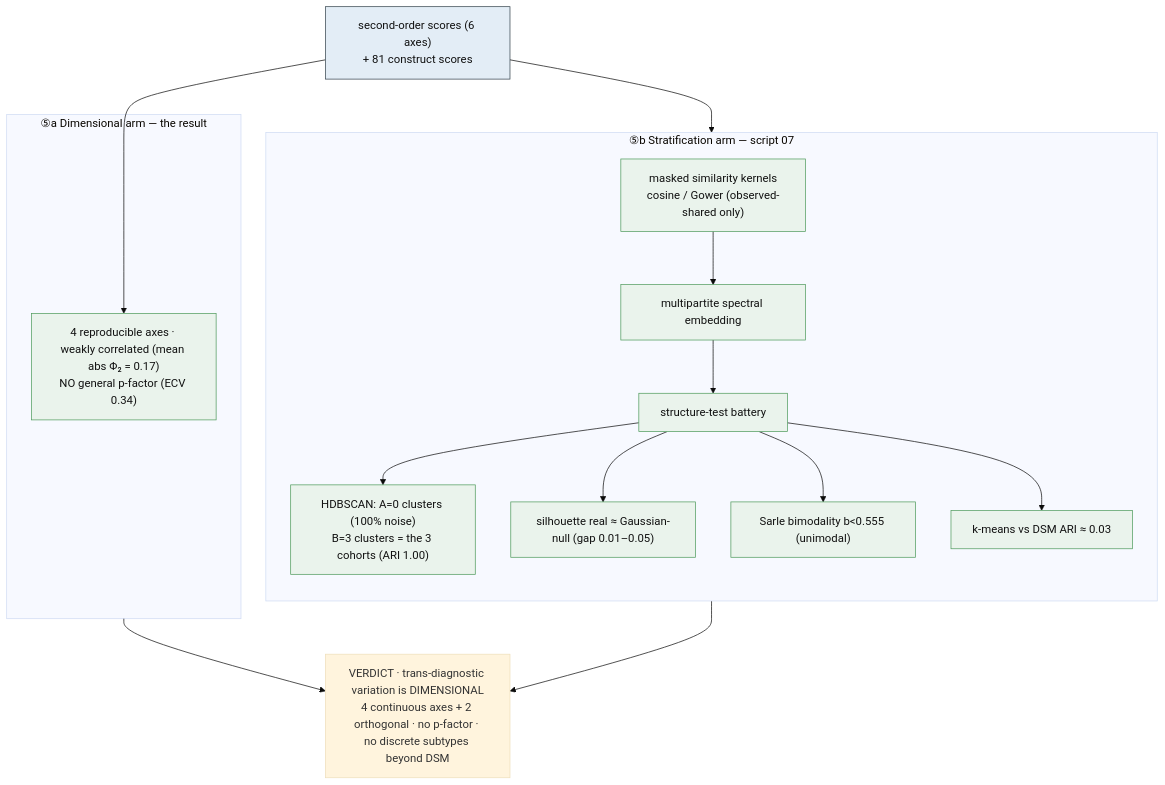
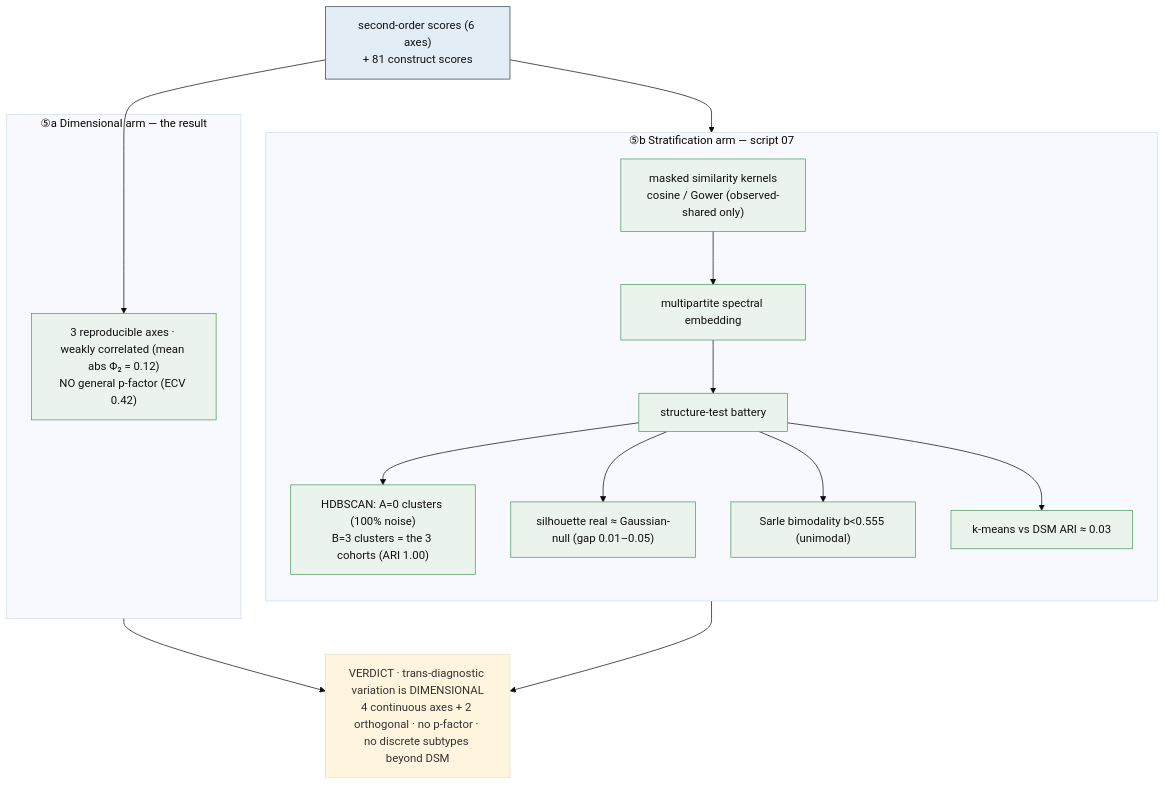
The eighth of 10 diagrams in docs/PIPELINE.md (AndriiKulakovskyi/face-trans-diagnostic-phenotypes), drawn with Mermaid (base theme) before and after one commit. The commit also changed other lines of this file and 24 other files, not shown here.

````diff
--- a/docs/PIPELINE.md
+++ b/docs/PIPELINE.md
@@ -229,26 +229,26 @@
 ```mermaid
 flowchart TB
     classDef arm fill:#EAF3EC,stroke:#4E9A5B,color:#111
     classDef model fill:#E3EDF6,stroke:#33414b,color:#111
     M["second-order scores (6 axes)<br/>+ 81 construct scores"]:::model
     M --> DA
     M --> SA
 
     subgraph DIM["⑤a Dimensional arm — the result"]
-        DA["4 reproducible axes · weakly correlated (mean abs Φ₂ = 0.17)<br/>NO general p-factor (ECV 0.34)"]:::arm
+        DA["3 reproducible axes · weakly correlated (mean abs Φ₂ = 0.12)<br/>NO general p-factor (ECV 0.42)"]:::arm
     end
 
     subgraph STR["⑤b Stratification arm — script 07"]
         direction TB
         SA["masked similarity kernels<br/>cosine / Gower (observed-shared only)"]:::arm
         SA --> SE["multipartite spectral embedding"]:::arm
         SE --> TB2["structure-test battery"]:::arm
         TB2 --> HD["HDBSCAN: A=0 clusters (100% noise)<br/>B=3 clusters = the 3 cohorts (ARI 1.00)"]:::arm
         TB2 --> SI["silhouette real ≈ Gaussian-null (gap 0.01–0.05)"]:::arm
         TB2 --> BM["Sarle bimodality b<0.555 (unimodal)"]:::arm
         TB2 --> AR["k-means vs DSM ARI ≈ 0.03"]:::arm
     end
 
     DIM --> VERD["VERDICT · trans-diagnostic variation is DIMENSIONAL<br/>4 continuous axes + 2 orthogonal · no p-factor · no discrete subtypes beyond DSM"]
     STR --> VERD
 ```
````
